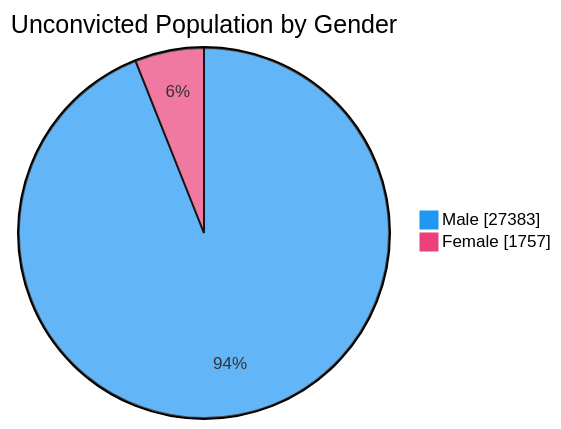
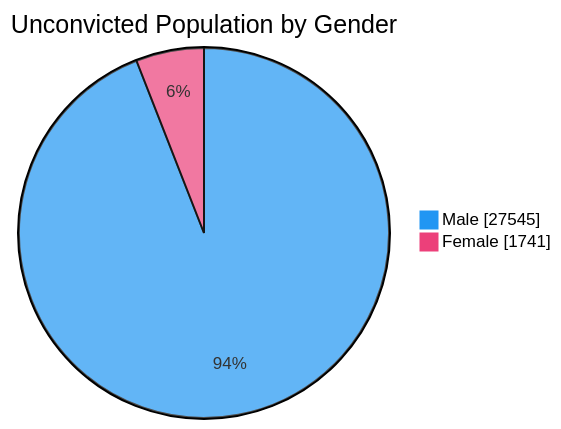
Before and after one commit to nuuuwan/lk_prisons: the fourth of 7 diagrams in README.md, drawn with Mermaid. The commit also changed other lines of this file and 1 other file, not shown here.

````diff
--- a/README.md
+++ b/README.md
@@ -76,6 +76,6 @@
 ```mermaid
 %%{init: {'themeVariables': {'pie1': '#2196F3', 'pie2': '#EC407A'}}}%%
 pie showData title Unconvicted Population by Gender
-    "Male" : 27383
-    "Female" : 1757
+    "Male" : 27545
+    "Female" : 1741
 ```
````
